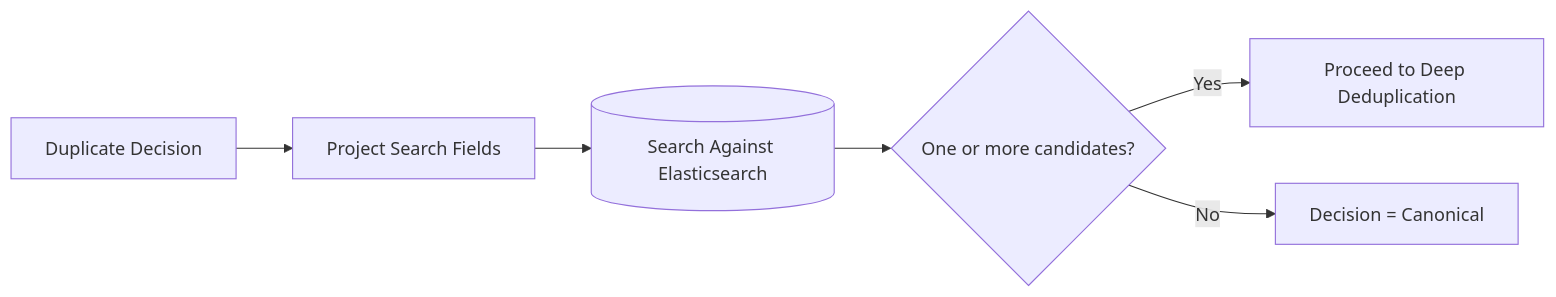
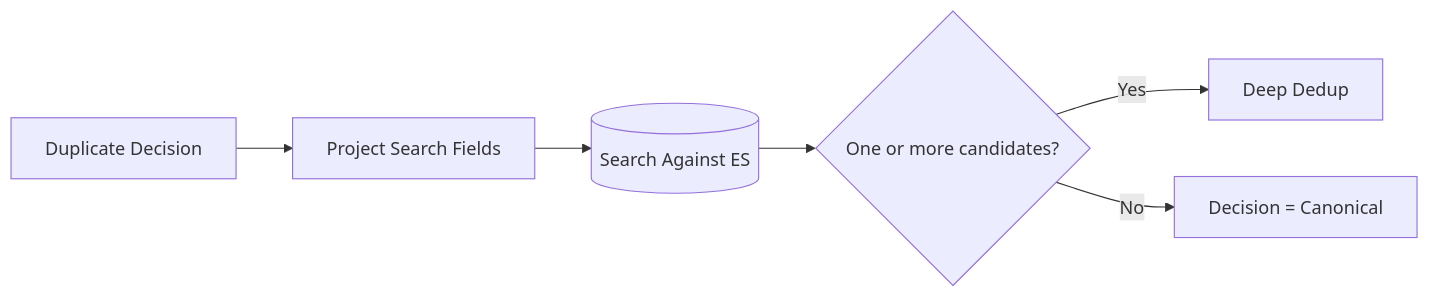
Before and after one commit to destiny-evidence/destiny-repository: the second of 4 diagrams in docs/procedures/deduplication.rst, drawn with Mermaid. The commit also changed other lines of this file and 1 other file, not shown here.

Commit message:
updated dedup docs per comments

```diff
--- a/docs/procedures/deduplication.rst
+++ b/docs/procedures/deduplication.rst
@@ -59,16 +82,16 @@
 .. mermaid::
 
     flowchart LR
 
-        D[Duplicate Decision]
-        SF[Project Search Fields]
-        ES[(Search Against Elasticsearch)]
-        C{One or more candidates?}
-        CR[Decision = Canonical]
-        DD[Proceed to Deep Deduplication]
+        D["Duplicate Decision"]
+        SF["Project Search Fields"]
+        ES[("Search Against ES")]
+        C{"One or more candidates?"}
+        CR["Decision = Canonical"]
+        DD["Deep Dedup"]
 
         D-->SF
         SF-->ES
         ES-->C
         C-->|Yes|DD
         C-->|No|CR
```
